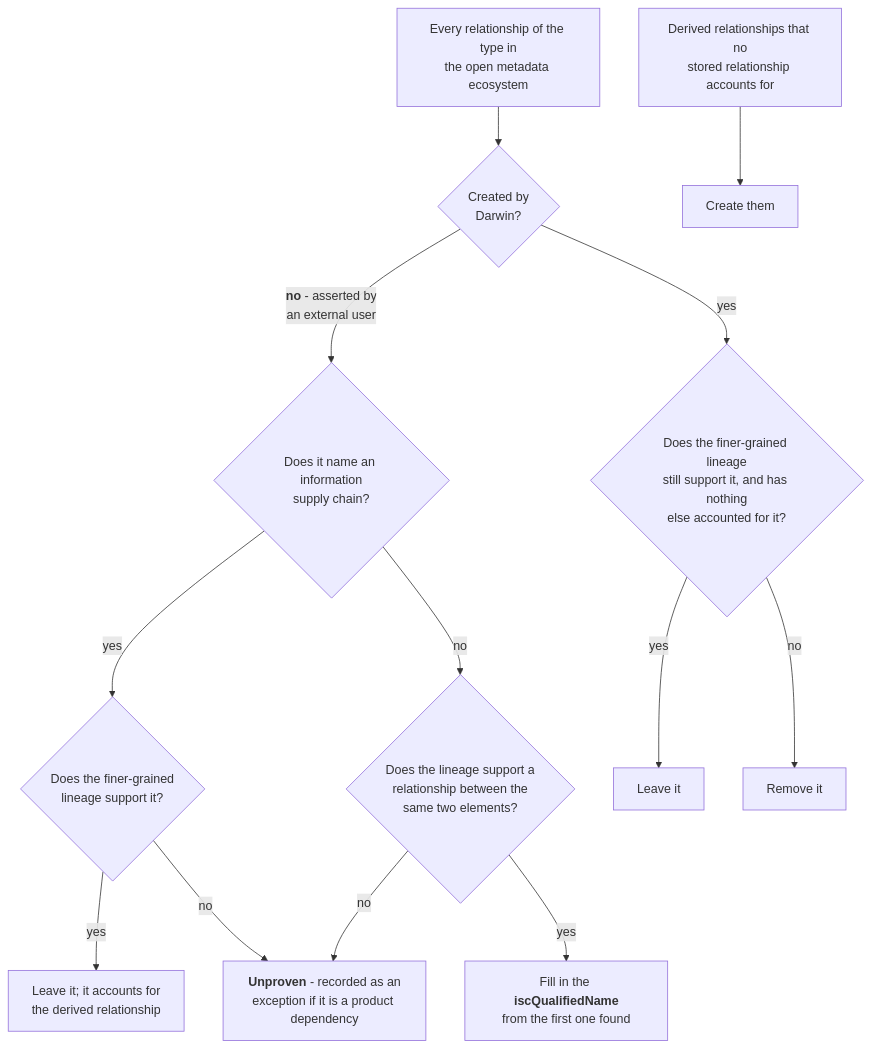
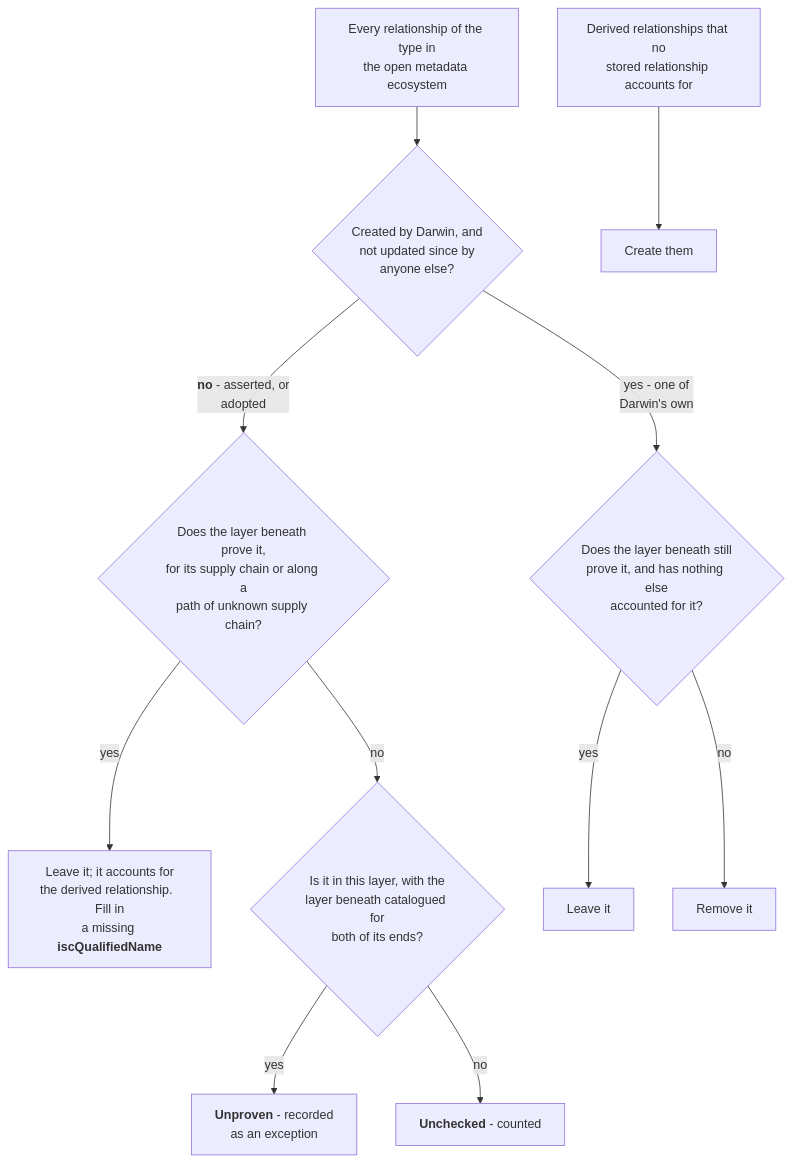
The second of 2 diagrams in site/docs/features/lineage-management/overview.md (odpi/egeria-docs), drawn with Mermaid before and after one commit. The commit also changed other lines of this file and 24 other files, not shown here.

````diff
--- a/site/docs/features/lineage-management/overview.md
+++ b/site/docs/features/lineage-management/overview.md
@@ -442,28 +496,28 @@
 ```mermaid
 flowchart TD
     A["`Every relationship of the type in
-    the open metadata ecosystem`"] --> B{"`Created by
-    Darwin?`"}
-    B -->|"`**no** - asserted by
-    an external user`"| C{"`Does it name an information
-    supply chain?`"}
-    C -->|yes| D{"`Does the finer-grained
-    lineage support it?`"}
-    D -->|yes| E["`Leave it; it accounts for
-    the derived relationship`"]
-    D -->|no| F["`**Unproven** - recorded as an
-    exception if it is a product dependency`"]
-    C -->|no| G{"`Does the lineage support a
-    relationship between the
-    same two elements?`"}
-    G -->|yes| H["`Fill in the **iscQualifiedName**
-    from the first one found`"]
-    G -->|no| F
-    B -->|yes| I{"`Does the finer-grained lineage
-    still support it, and has nothing
-    else accounted for it?`"}
+    the open metadata ecosystem`"] --> B{"`Created by Darwin, and
+    not updated since by
+    anyone else?`"}
+    B -->|"`**no** - asserted, or
+    adopted`"| C{"`Does the layer beneath prove it,
+    for its supply chain or along a
+    path of unknown supply chain?`"}
+    C -->|yes| E["`Leave it; it accounts for
+    the derived relationship.  Fill in
+    a missing **iscQualifiedName**`"]
+    C -->|no| D{"`Is it in this layer, with the
+    layer beneath catalogued for
+    both of its ends?`"}
+    D -->|yes| F["`**Unproven** - recorded
+    as an exception`"]
+    D -->|no| G["`**Unchecked** - counted`"]
+    B -->|"`yes - one of
+    Darwin's own`"| I{"`Does the layer beneath still
+    prove it, and has nothing else
+    accounted for it?`"}
     I -->|yes| J["Leave it"]
     I -->|no| K["Remove it"]
     L["`Derived relationships that no
     stored relationship accounts for`"] --> M["Create them"]
 ```
````
